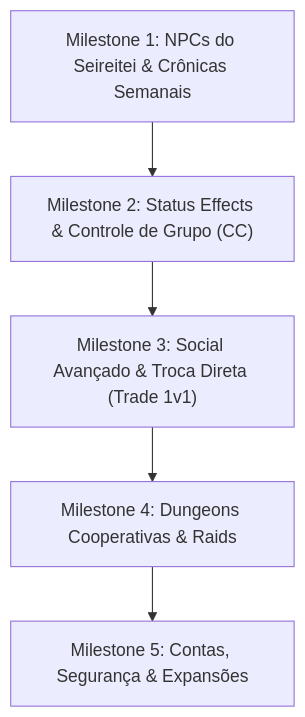
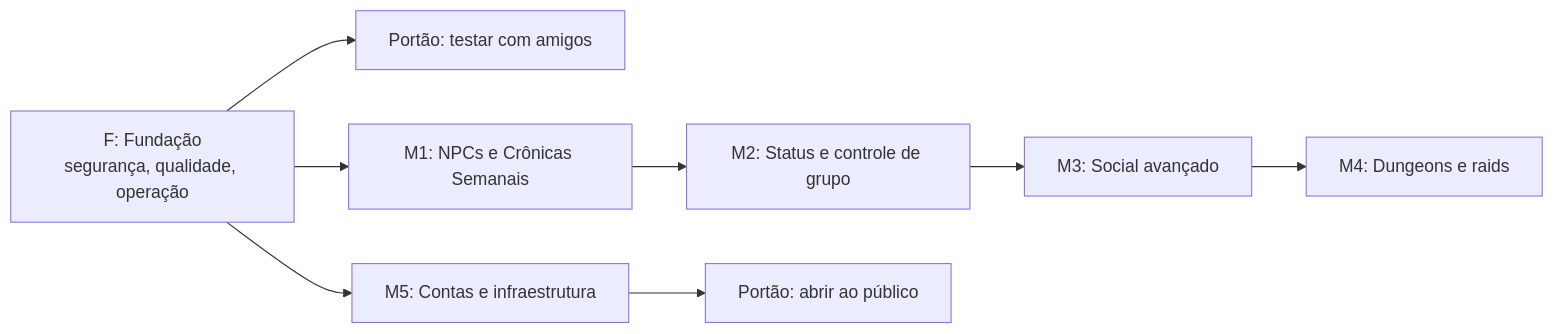
Before and after one commit to bleachbr/bleach-idle: the diagram in docs/roadmap.md, drawn with Mermaid. The commit also changed other lines of this file and 7 other files, not shown here.

First line of the commit message:
docs: roadmap centralizado, modelo de PR e decisão sobre a trava de cristais

````diff
--- a/docs/roadmap.md
+++ b/docs/roadmap.md
@@ -23,7 +32,10 @@
 ```mermaid
-flowchart TD
-    M1["Milestone 1: NPCs do Seireitei & Crônicas Semanais"] --> M2["Milestone 2: Status Effects & Controle de Grupo (CC)"]
-    M2 --> M3["Milestone 3: Social Avançado & Troca Direta (Trade 1v1)"]
-    M3 --> M4["Milestone 4: Dungeons Cooperativas & Raids"]
-    M4 --> M5["Milestone 5: Contas, Segurança & Expansões"]
+flowchart LR
+  F["F: Fundação<br/>segurança, qualidade, operação"] --> P1["Portão: testar com amigos"]
+  F --> M1["M1: NPCs e Crônicas Semanais"]
+  M1 --> M2["M2: Status e controle de grupo"]
+  M2 --> M3["M3: Social avançado"]
+  M3 --> M4["M4: Dungeons e raids"]
+  F --> M5["M5: Contas e infraestrutura"]
+  M5 --> P2["Portão: abrir ao público"]
 ```
````
